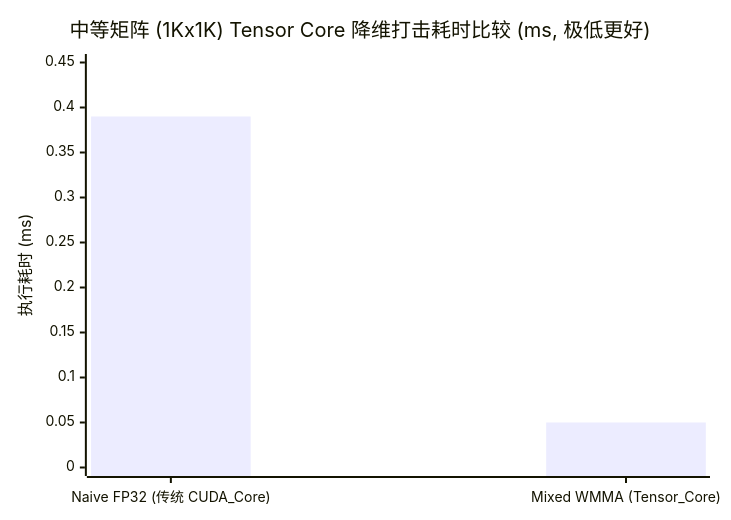
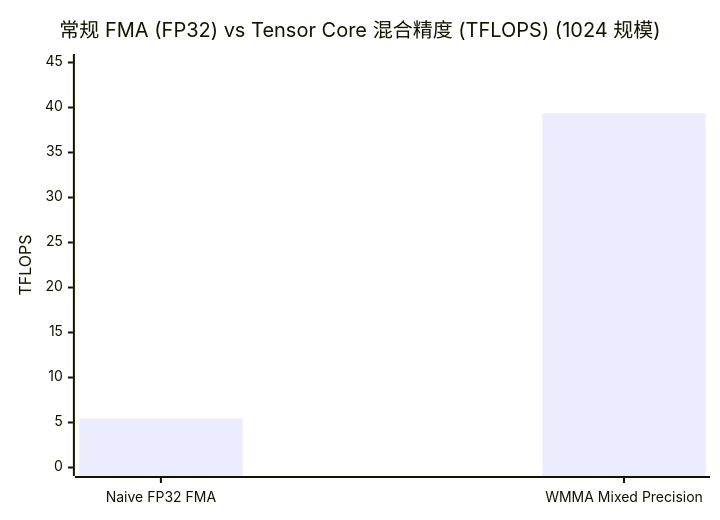
One commit to psmarter/CUDA-Practice changed the second of 2 diagrams in 09_Tensor_Core/README.md. Above: the diagram before and after it, drawn with Mermaid. The commit also changed other lines of this file and 14 other files, not shown here.

`````diff
--- a/09_Tensor_Core/README.md
+++ b/09_Tensor_Core/README.md
@@ -148,7 +121,7 @@
-````mermaid
+```mermaid
 xychart-beta
-  title "中等矩阵 (1Kx1K) Tensor Core 降维打击耗时比较 (ms, 极低更好)"
-  x-axis ["Naive FP32 (传统 CUDA_Core)", "Mixed WMMA (Tensor_Core)"]
-  y-axis "执行耗时 (ms)" 0 --> 0.45
-  bar [0.39, 0.05]
-````
+  title "常规 FMA (FP32) vs Tensor Core 混合精度 (TFLOPS) (1024 规模)"
+  x-axis ["Naive FP32 FMA", "WMMA Mixed Precision"]
+  y-axis "TFLOPS" 0 --> 45
+  bar [5.45, 39.36]
+```
`````
